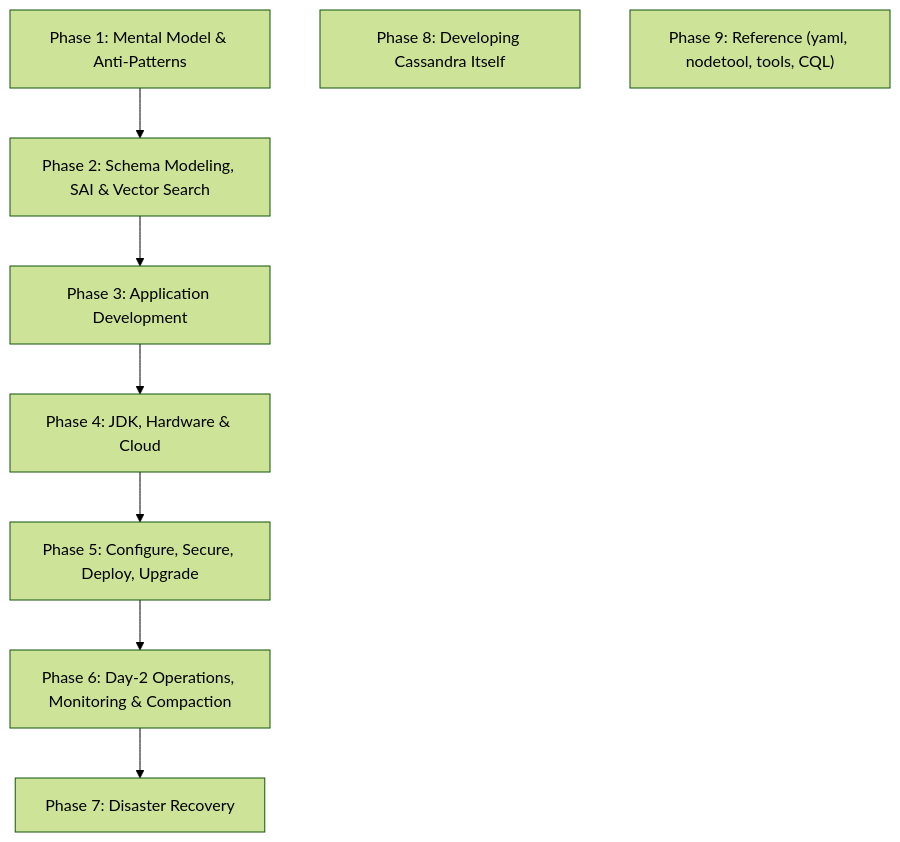
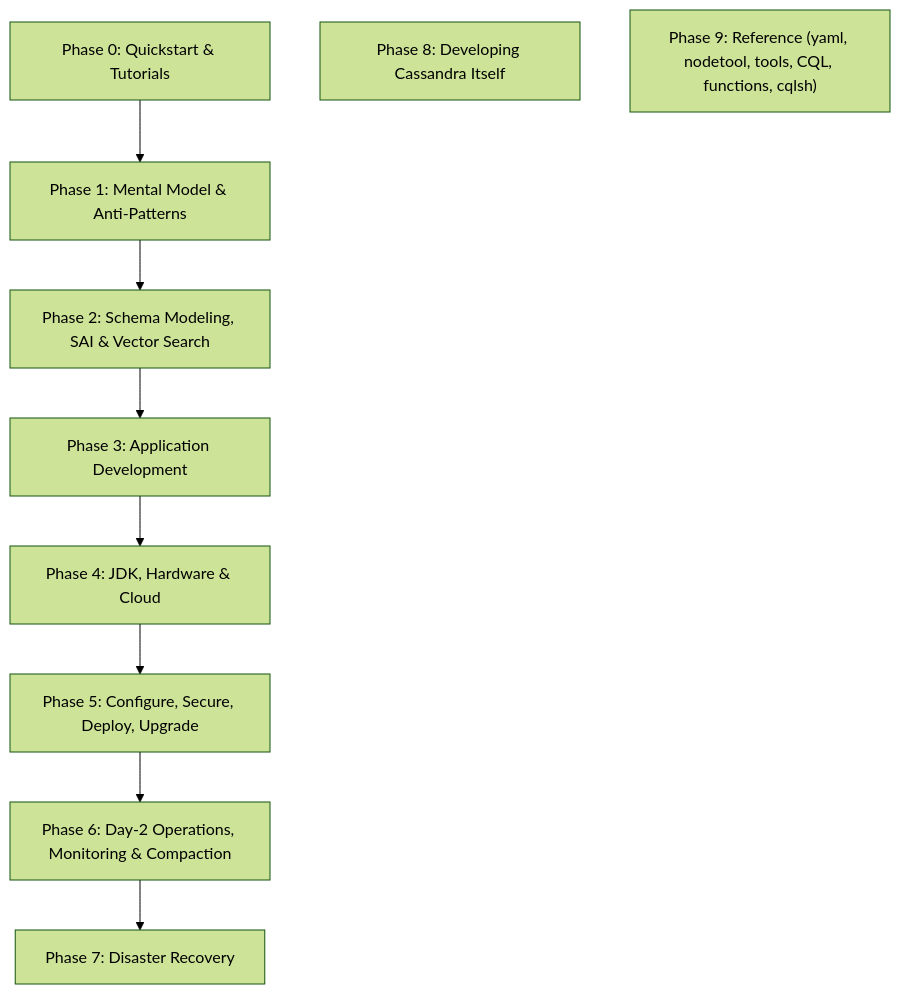
Before and after one commit to davetanana/cassandra-docs: the diagram in README.md, drawn with Mermaid (forest theme). The commit also changed other lines of this file and 41 other files, not shown here.

````diff
--- a/README.md
+++ b/README.md
@@ -25,12 +29,13 @@
 ```mermaid
 graph TD
+    Phase0["Phase 0: Quickstart & Tutorials"] --> Phase1
     Phase1["Phase 1: Mental Model & Anti-Patterns"] --> Phase2
     Phase2["Phase 2: Schema Modeling, SAI & Vector Search"] --> Phase3
     Phase3["Phase 3: Application Development"] --> Phase4
     Phase4["Phase 4: JDK, Hardware & Cloud"] --> Phase5
     Phase5["Phase 5: Configure, Secure, Deploy, Upgrade"] --> Phase6
     Phase6["Phase 6: Day-2 Operations, Monitoring & Compaction"] --> Phase7
     Phase7["Phase 7: Disaster Recovery"]
     Phase8["Phase 8: Developing Cassandra Itself"]
-    Phase9["Phase 9: Reference (yaml, nodetool, tools, CQL)"]
+    Phase9["Phase 9: Reference (yaml, nodetool, tools, CQL, functions, cqlsh)"]
 ```
````
